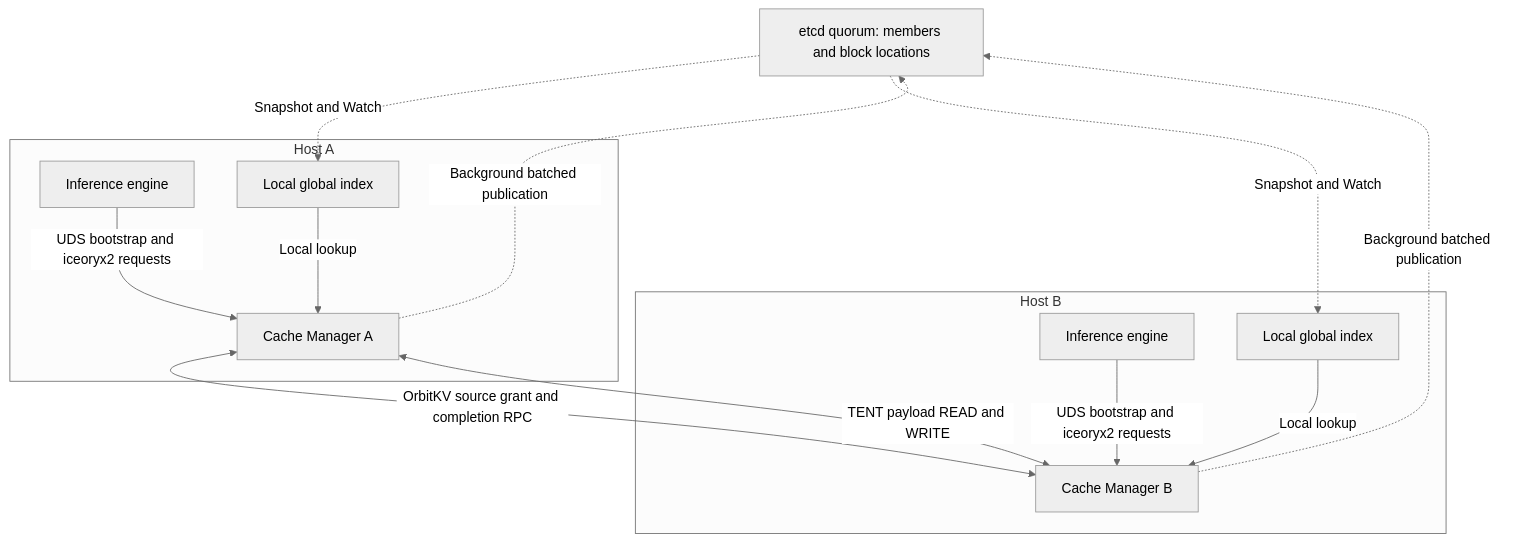
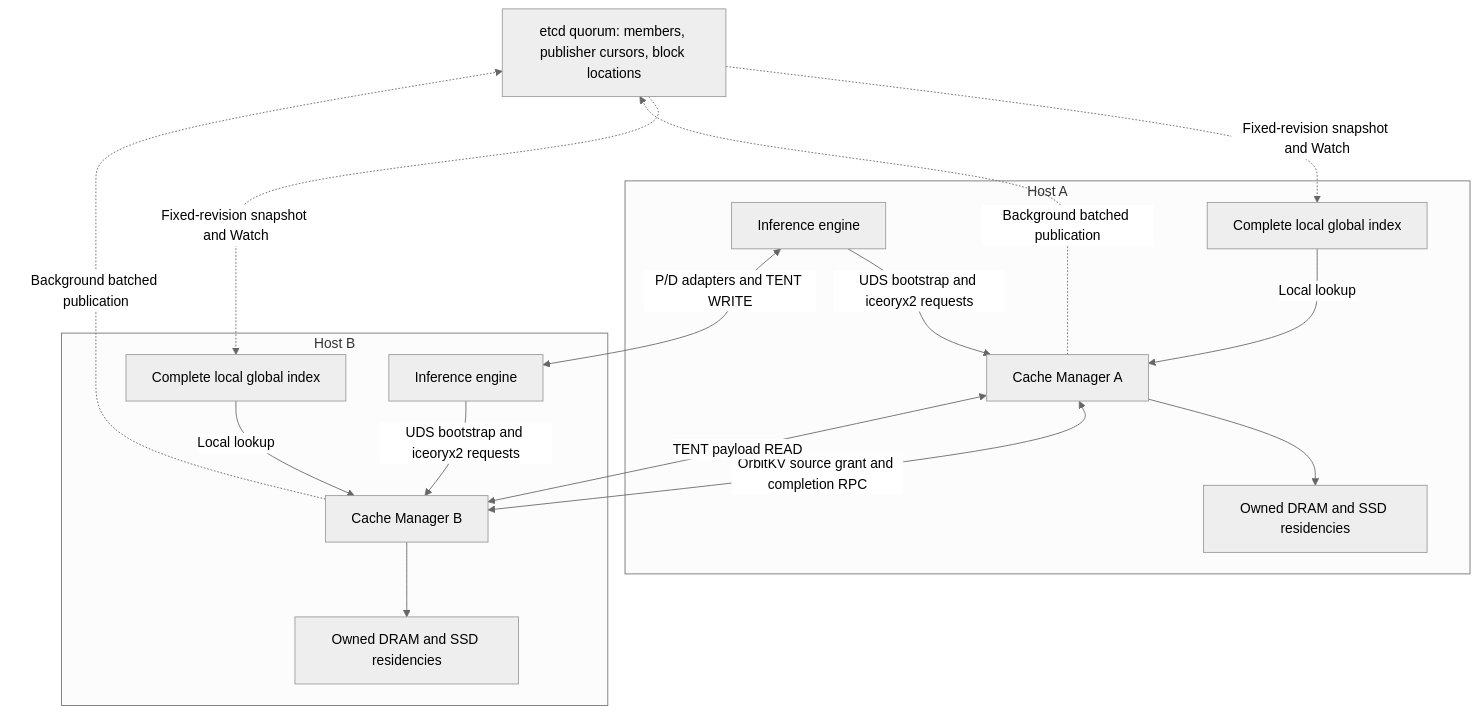
One commit to feichai0017/orbitkv changed the diagram in docs/distributed-cache.md. Above: the diagram before and after it, drawn with Mermaid (neutral theme). The commit also changed other lines of this file and 99 other files, not shown here.

Commit message:
refactor: replace sharded catalog with etcd-backed local indexes

````diff
--- a/docs/distributed-cache.md
+++ b/docs/distributed-cache.md
@@ -144,18 +19,21 @@
 ```mermaid
 flowchart TB
-    E[etcd quorum: members and block locations]
+    E[etcd quorum: members, publisher cursors, block locations]
     subgraph A[Host A]
         EA[Inference engine] -->|UDS bootstrap and iceoryx2 requests| MA[Cache Manager A]
-        IA[Local global index] -->|Local lookup| MA
+        IA[Complete local global index] -->|Local lookup| MA
+        MA --> SA[Owned DRAM and SSD residencies]
     end
     subgraph B[Host B]
         EB[Inference engine] -->|UDS bootstrap and iceoryx2 requests| MB[Cache Manager B]
-        IB[Local global index] -->|Local lookup| MB
+        IB[Complete local global index] -->|Local lookup| MB
+        MB --> SB[Owned DRAM and SSD residencies]
     end
     MA -.->|Background batched publication| E
     MB -.->|Background batched publication| E
-    E -.->|Snapshot and Watch| IA
-    E -.->|Snapshot and Watch| IB
+    E -.->|Fixed-revision snapshot and Watch| IA
+    E -.->|Fixed-revision snapshot and Watch| IB
     MA <-->|OrbitKV source grant and completion RPC| MB
-    MA <-->|TENT payload READ and WRITE| MB
+    MA <-->|TENT payload READ| MB
+    EA <-->|P/D adapters and TENT WRITE| EB
 ```
````
